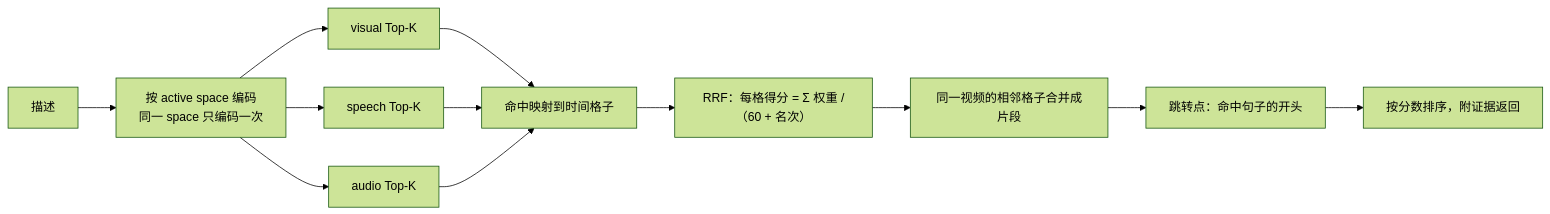
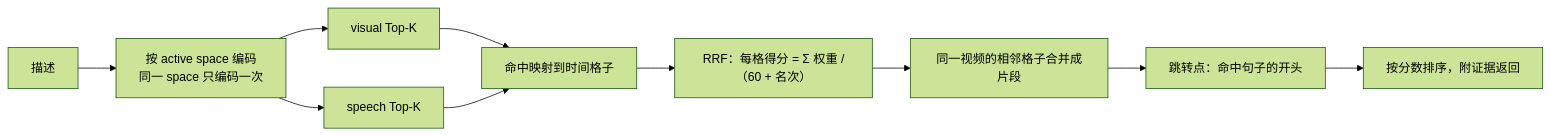
One commit to realOzine/videohelper changed diagram 12 of 17 in docs/design.md. Above: the diagram before and after it, drawn with Mermaid (forest theme). The commit also changed other lines of this file and 7 other files, not shown here.

````diff
--- a/docs/design.md
+++ b/docs/design.md
@@ -521,14 +513,12 @@
 ```mermaid
 flowchart LR
   Q["描述"] --> E["按 active space 编码<br/>同一 space 只编码一次"]
   E --> R1["visual Top-K"]
   E --> R2["speech Top-K"]
-  E --> R3["audio Top-K"]
   R1 --> M["命中映射到时间格子"]
   R2 --> M
-  R3 --> M
   M --> F["RRF：每格得分 = Σ 权重 /（60 + 名次）"]
   F --> G["同一视频的相邻格子合并成片段"]
   G --> J["跳转点：命中句子的开头"]
   J --> O["按分数排序，附证据返回"]
 ```
````
